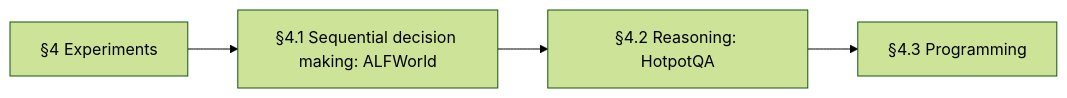
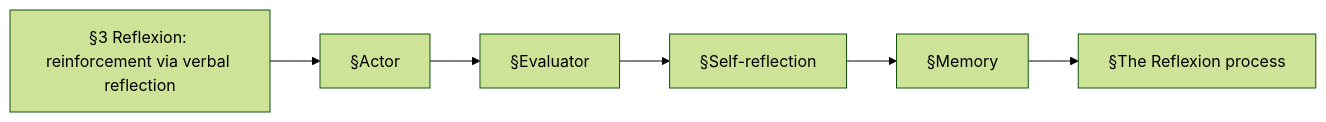
One commit to DarknessLED/dsh-loom changed the eighth of 18 diagrams in docs/research/work-r8-research-method-2026-11-25.md. Above: the diagram before and after it, drawn with Mermaid (forest theme). The commit also changed other lines of this file and 39 other files, not shown here.

````diff
--- a/docs/research/work-r8-research-method-2026-11-25.md
+++ b/docs/research/work-r8-research-method-2026-11-25.md
@@ -631,10 +637,14 @@
 ```mermaid
 flowchart LR
-  N0["§4 Experiments"]
-  N1["§4.1 Sequential decision making: ALFWorld"]
-  N2["§4.2 Reasoning: HotpotQA"]
-  N3["§4.3 Programming"]
+  N0["§3 Reflexion: reinforcement via verbal reflection"]
+  N1["§Actor"]
+  N2["§Evaluator"]
+  N3["§Self-reflection"]
+  N4["§Memory"]
+  N5["§The Reflexion process"]
   N0 --> N1
   N1 --> N2
   N2 --> N3
+  N3 --> N4
+  N4 --> N5
 ```
````
